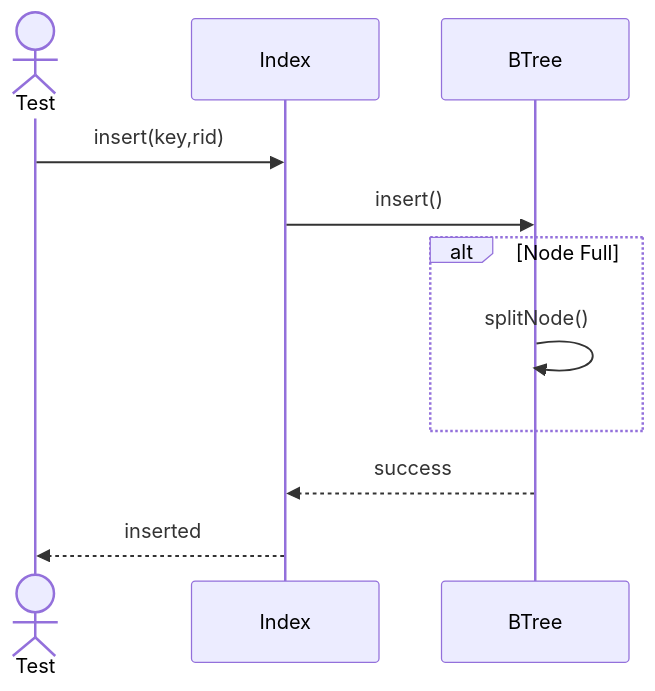
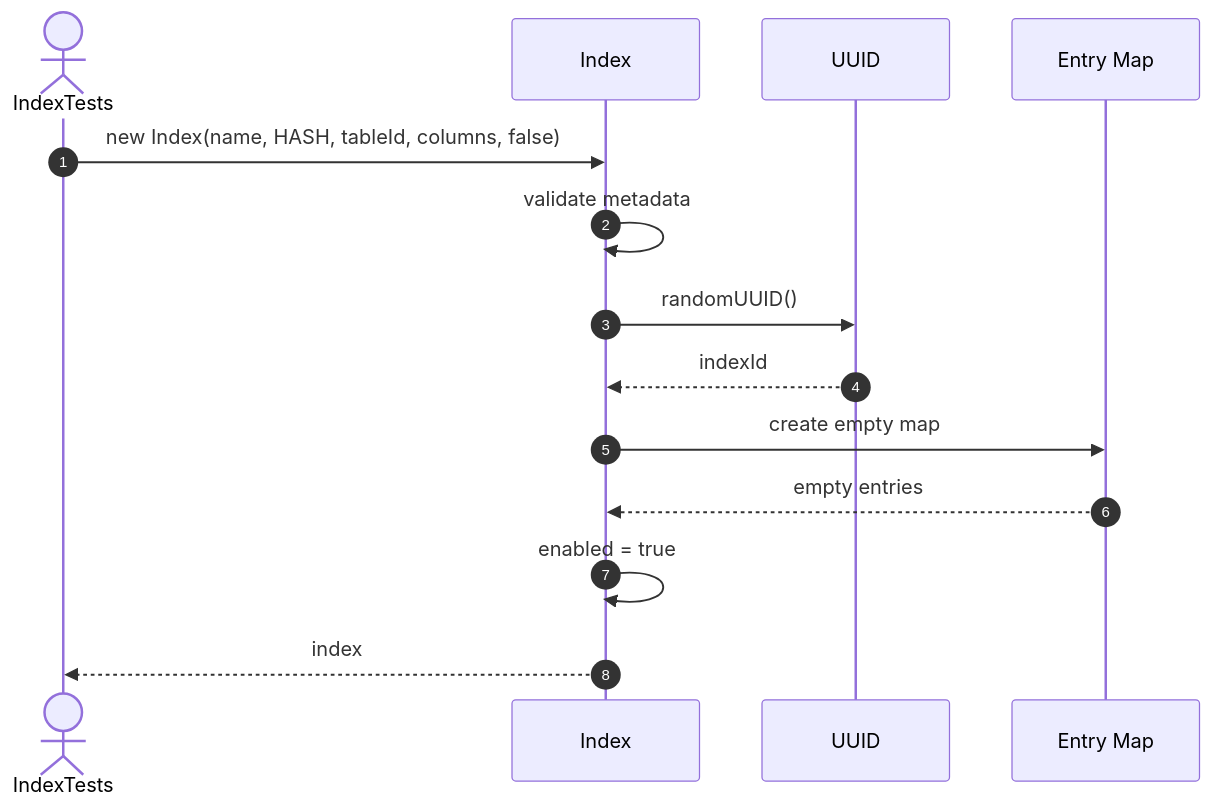
Before and after one commit to FhuAnn/-bbv-AN-s-DBMS: the first of 15 diagrams in src/tests/unit/metadata/sequences/indexs-testing.se.md, drawn with Mermaid. The commit also changed other lines of this file and 60 other files, not shown here.

Commit message:
refactor data table, row, column, constraint, index test file

````diff
--- a/src/tests/unit/metadata/sequences/indexs-testing.se.md
+++ b/src/tests/unit/metadata/sequences/indexs-testing.se.md
@@ -45,18 +5,17 @@
 ```mermaid
 sequenceDiagram
-actor Test
-participant Index
-participant BTree
+    autonumber
+    actor Test as IndexTests
+    participant Index as Index
+    participant UUID as UUID
+    participant Entries as Entry Map
 
-Test->>Index: insert(key,rid)
-
-Index->>BTree: insert()
-
-alt Node Full
-    BTree->>BTree: splitNode()
-end
-
-BTree-->>Index: success
-
-Index-->>Test: inserted
+    Test->>Index: new Index(name, HASH, tableId, columns, false)
+    Index->>Index: validate metadata
+    Index->>UUID: randomUUID()
+    UUID-->>Index: indexId
+    Index->>Entries: create empty map
+    Entries-->>Index: empty entries
+    Index->>Index: enabled = true
+    Index-->>Test: index
 ```
````
